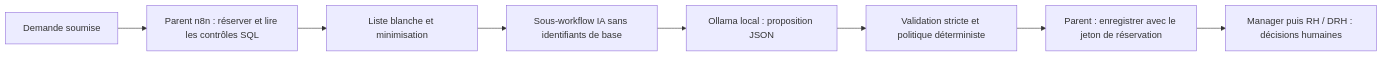
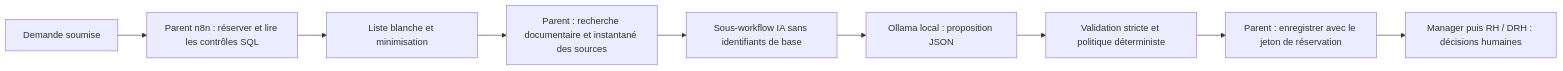
One commit to BouchardMehdi/NovaCorp changed the diagram in docs/ai-governance.md. Above: the diagram before and after it, drawn with Mermaid. The commit also changed other lines of this file and 35 other files, not shown here.

````diff
--- a/docs/ai-governance.md
+++ b/docs/ai-governance.md
@@ -5,10 +7,11 @@
 ```mermaid
 flowchart LR
   A[Demande soumise] --> B[Parent n8n : réserver et lire les contrôles SQL]
   B --> C[Liste blanche et minimisation]
-  C --> D[Sous-workflow IA sans identifiants de base]
+  C --> R[Parent : recherche documentaire et instantané des sources]
+  R --> D[Sous-workflow IA sans identifiants de base]
   D --> E[Ollama local : proposition JSON]
   E --> F[Validation stricte et politique déterministe]
   F --> G[Parent : enregistrer avec le jeton de réservation]
   G --> H[Manager puis RH / DRH : décisions humaines]
 ```
````
